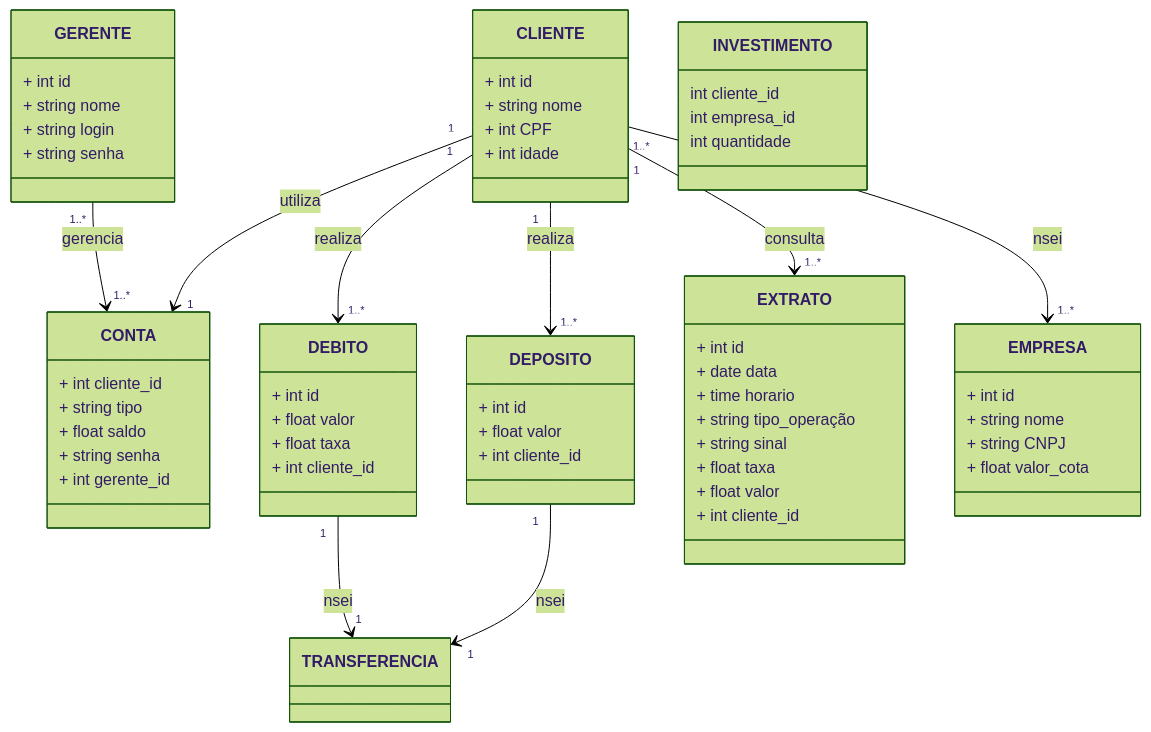
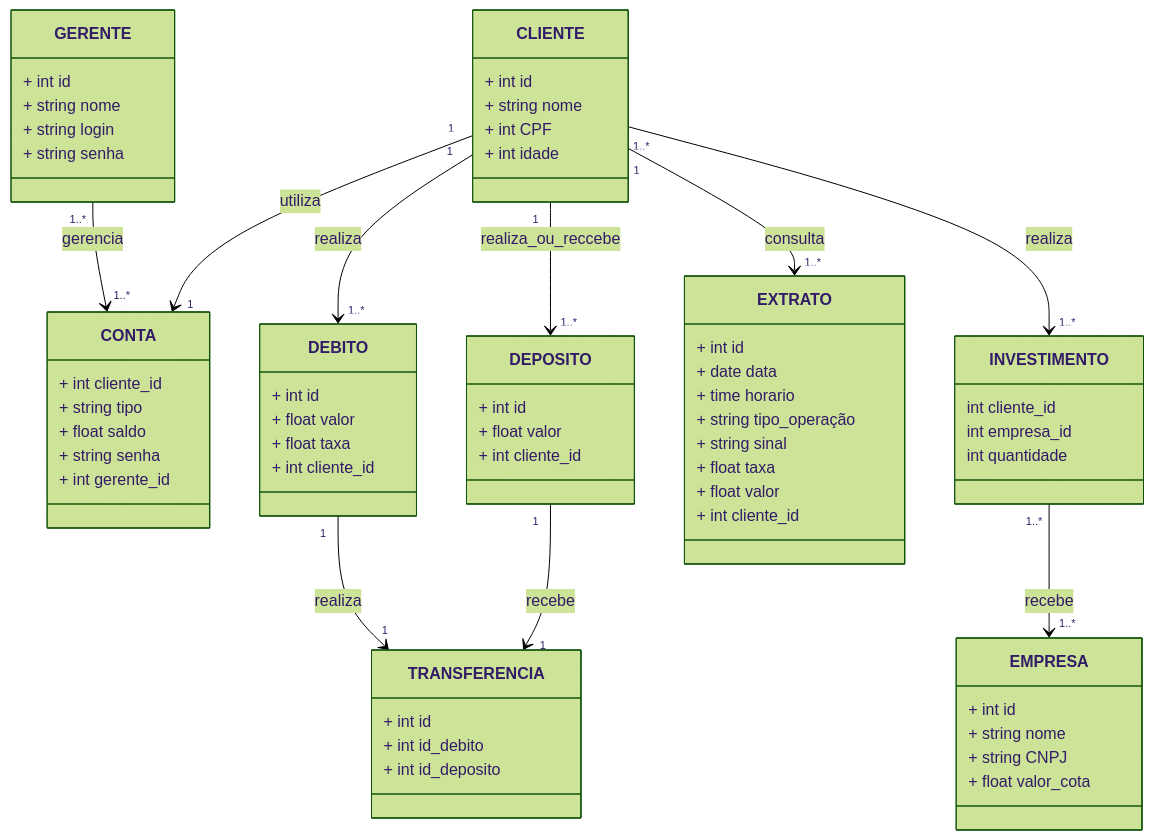
The second of 2 diagrams in README.md (iagorosa28/banco_quempoupatem_banco_de_dados), drawn with Mermaid (forest theme) before and after one commit.

````diff
--- a/README.md
+++ b/README.md
@@ -81,74 +81,78 @@
 ```mermaid
 classDiagram
     class CLIENTE
     CLIENTE : + int id
     CLIENTE : + string nome
     CLIENTE : + int CPF
     CLIENTE : + int idade
 
     class GERENTE
     GERENTE : + int id
     GERENTE : + string nome
     GERENTE : + string login
     GERENTE : + string senha
 
     class CONTA
     CONTA : + int cliente_id
     CONTA : + string tipo
     CONTA : + float saldo
     CONTA : + string senha
     CONTA : + int gerente_id
 
     class DEBITO
     DEBITO : + int id
     DEBITO : + float valor
     DEBITO : + float taxa
     DEBITO : + int cliente_id
 
     class DEPOSITO
     DEPOSITO : + int id
     DEPOSITO : + float valor
     DEPOSITO : + int cliente_id
 
     class TRANSFERENCIA
+    TRANSFERENCIA : + int id
+    TRANSFERENCIA : + int id_debito
+    TRANSFERENCIA : + int id_deposito
 
     class EXTRATO
     EXTRATO : + int id
     EXTRATO : + date data 
     EXTRATO : + time horario
     EXTRATO : + string tipo_operação
     EXTRATO : + string sinal
     EXTRATO : + float taxa
     EXTRATO : + float valor
     EXTRATO : + int cliente_id
     
     class EMPRESA
     EMPRESA : + int id
     EMPRESA : + string nome
     EMPRESA : + string CNPJ
     EMPRESA : + float valor_cota
 
     class INVESTIMENTO
     INVESTIMENTO : int cliente_id
     INVESTIMENTO : int empresa_id
     INVESTIMENTO : int quantidade
 
     CLIENTE "1" --> "1" CONTA : utiliza
     GERENTE "1..*" --> "1..*" CONTA : gerencia
     CLIENTE "1" --> "1..*" DEBITO : realiza
-    CLIENTE "1" --> "1..*" DEPOSITO : realiza
-    DEBITO "1" --> "1" TRANSFERENCIA : nsei
-    DEPOSITO "1" --> "1" TRANSFERENCIA : nsei
+    CLIENTE "1" --> "1..*" DEPOSITO : realiza_ou_reccebe
+    DEBITO "1" --> "1" TRANSFERENCIA : realiza
+    DEPOSITO "1" --> "1" TRANSFERENCIA : recebe
     CLIENTE "1" --> "1..*" EXTRATO : consulta
-    CLIENTE "1..*" --> "1..*" EMPRESA : nsei
+    CLIENTE "1..*" --> "1..*" INVESTIMENTO : realiza
+    INVESTIMENTO "1..*" --> "1..*" EMPRESA : recebe
     
     %%CLIENTE "1" --> "1..*" TRANSFERÊNCIA : faz_ou_recebe
     
     %%CONTA "1" --> "1..*" DÉBITO : atualiza
     %%CONTA "1" --> "1..*" DEPÓSITO : atualiza
     %%CONTA "1" --> "1..*" TRANSFERÊNCIA : atualiza
     %%EXTRATO "1" --> "1..*" DÉBITO : gera_um_registro
     %%EXTRATO "1" --> "1..*" DEPÓSITO : gera_um_registro
     %%EXTRATO "1" --> "1..*" TRANSFERÊNCIA : gera_um_registro
     
 ```
````
